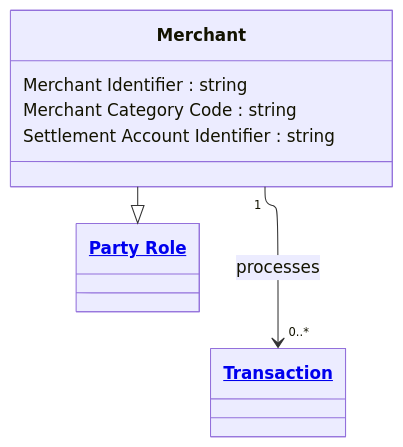
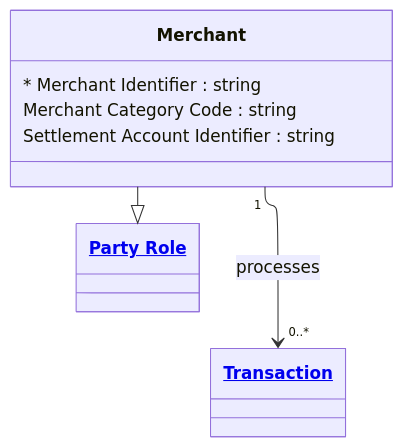
Before and after one commit to Semprini/md-ddl: the diagram in examples/Financial Crime/entities/merchant.md, drawn with Mermaid. The commit also changed 60 other files, not shown here.

````diff
--- a/examples/Financial Crime/entities/merchant.md
+++ b/examples/Financial Crime/entities/merchant.md
@@ -9,18 +9,18 @@
 ```mermaid
 ---
 config:
   layout: elk
 ---
 classDiagram
   class Merchant{
-    Merchant Identifier : string
+    * Merchant Identifier : string
     Merchant Category Code : string
     Settlement Account Identifier : string
   }
 
   Merchant --|> PartyRole
   Merchant "1" --> "0..*" Transaction : processes
 
   class PartyRole["<a href='party_role.md'>Party Role</a>"]
   class Transaction["<a href='transaction.md'>Transaction</a>"]
 ```
````
